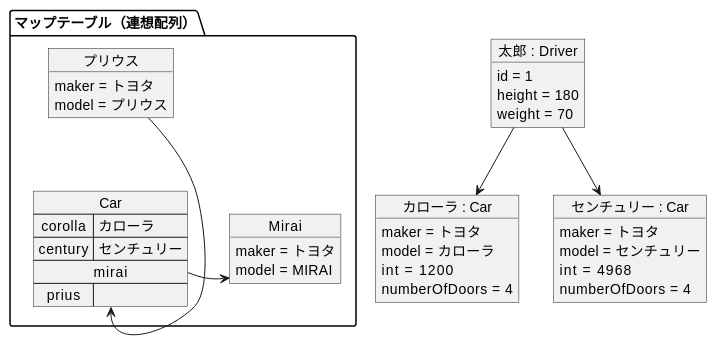
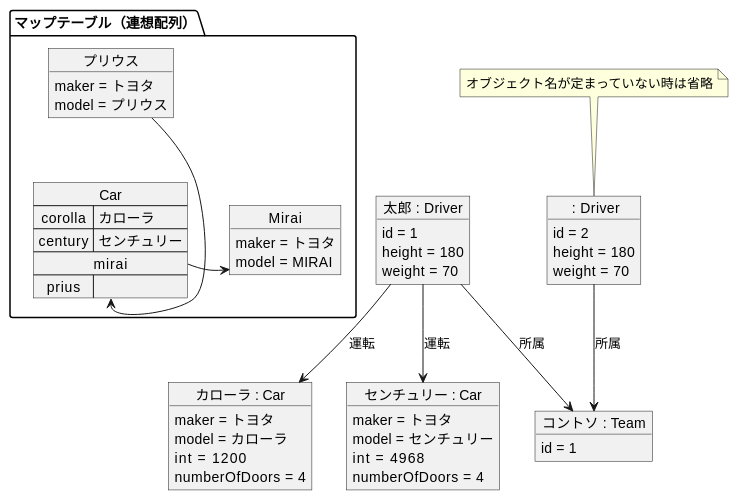
Before and after one commit to yzkn/PlantUML-CheatSheet: the diagram in src/16-000-オブジェクト図.md, drawn with PlantUML.

````diff
--- a/src/16-000-オブジェクト図.md
+++ b/src/16-000-オブジェクト図.md
@@ -3,51 +3,65 @@
 ```plantuml
 
 @startuml
 
 object "カローラ : Car" as corolla {
     maker = トヨタ
     model = カローラ
     int   = 1200
     numberOfDoors = 4
 }
 
 object "センチュリー : Car" as century {
     maker = トヨタ
     model = センチュリー
     int   = 4968
     numberOfDoors = 4
 }
 
 object "太郎 : Driver" as taro {
     id = 1
     height = 180
     weight = 70
 }
 
+object " : Driver" as driver {
+    id = 2
+    height = 180
+    weight = 70
+}
+note top : オブジェクト名が定まっていない時は省略
 
-taro --> corolla
-taro --> century
+object "コントソ : Team" as contoso {
+    id = 1
+}
+
+
+taro --> corolla : 運転
+taro --> century : 運転
+
+driver --> contoso : 所属
+taro   --> contoso : 所属
 
 
 package マップテーブル（連想配列） {
     object Mirai {
         maker = トヨタ
         model = MIRAI
     }
     object プリウス {
         maker = トヨタ
         model = プリウス
     }
 
     map Car {
         corolla => カローラ
         century => センチュリー
         mirai *-> Mirai
         prius =>
     }
     プリウス --> Car::prius
 }
 
 @enduml
 
 ```
````
